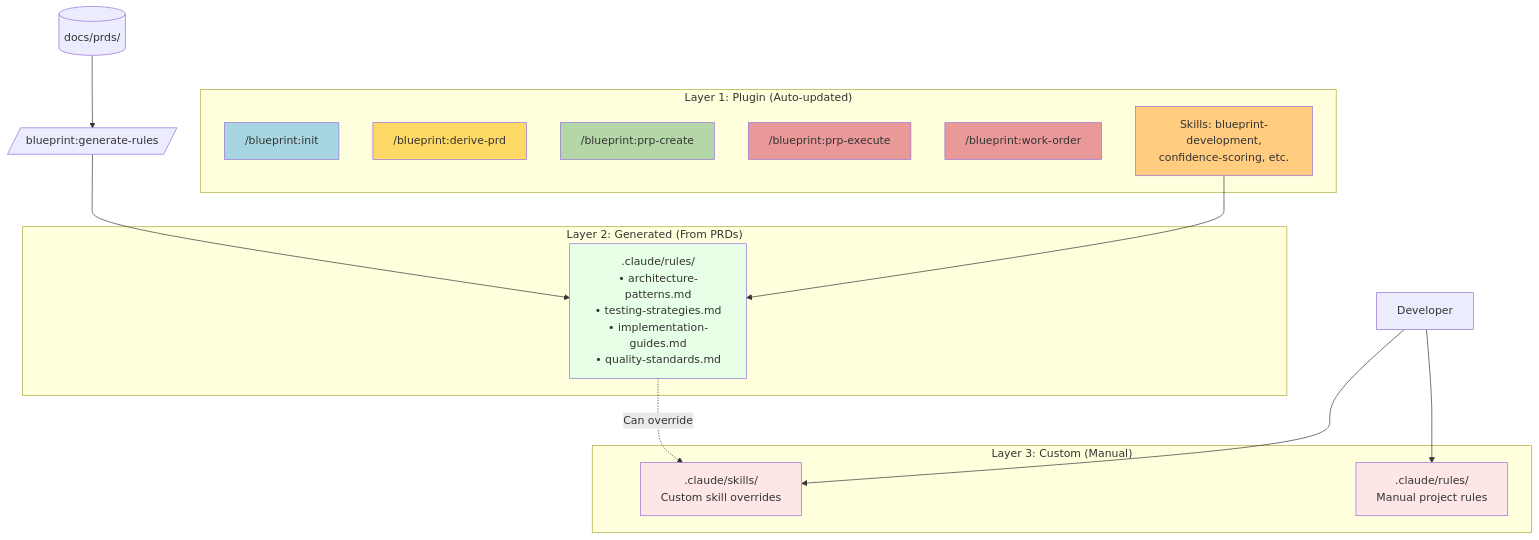
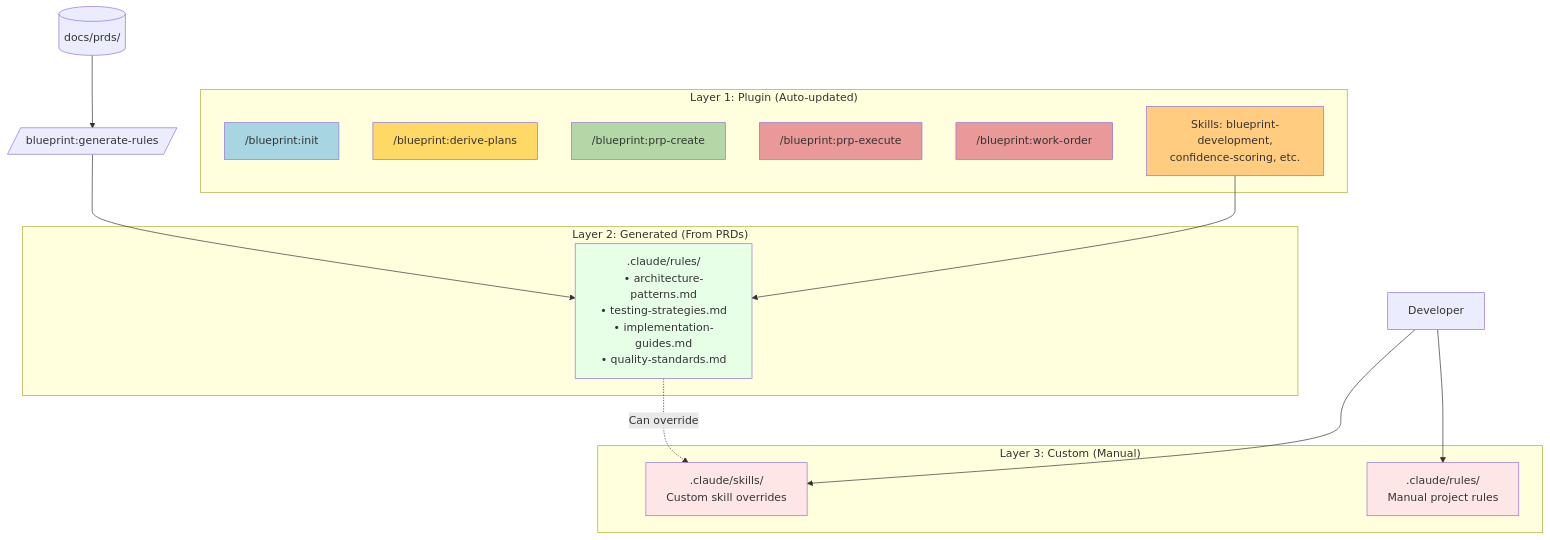
Before and after one commit to laurigates/claude-plugins: the eighth of 8 diagrams in blueprint-plugin/docs/blueprint-plugin-sequence.md, drawn with Mermaid. The commit also changed other lines of this file and 29 other files, not shown here.

````diff
--- a/blueprint-plugin/docs/blueprint-plugin-sequence.md
+++ b/blueprint-plugin/docs/blueprint-plugin-sequence.md
@@ -519,41 +517,41 @@
 ```mermaid
 graph TB
     subgraph "Layer 1: Plugin (Auto-updated)"
         P1["/blueprint:init"]
-        P2["/blueprint:derive-prd"]
+        P2["/blueprint:derive-plans"]
         P3["/blueprint:prp-create"]
         P4["/blueprint:prp-execute"]
         P5["/blueprint:work-order"]
         P6["Skills: blueprint-development,\nconfidence-scoring, etc."]
     end
 
     subgraph "Layer 2: Generated (From PRDs)"
         G1[".claude/rules/\n• architecture-patterns.md\n• testing-strategies.md\n• implementation-guides.md\n• quality-standards.md"]
     end
 
     subgraph "Layer 3: Custom (Manual)"
         C1[".claude/skills/\nCustom skill overrides"]
         C3[".claude/rules/\nManual project rules"]
     end
 
     PRD[(docs/prds/)] --> Generate[/blueprint:generate-rules/]
 
     Generate --> G1
 
     G1 -.->|Can override| C1
 
     Developer[Developer] --> C1
     Developer --> C3
 
     P6 --> G1
 
     style P1 fill:#a8d5e2
     style P2 fill:#ffd966
     style P3 fill:#b4d7a8
     style P4 fill:#ea9999
     style P5 fill:#ea9999
     style P6 fill:#ffcc80
     style G1 fill:#e6ffe6
     style C1 fill:#ffe6e6
     style C3 fill:#ffe6e6
 ```
````
